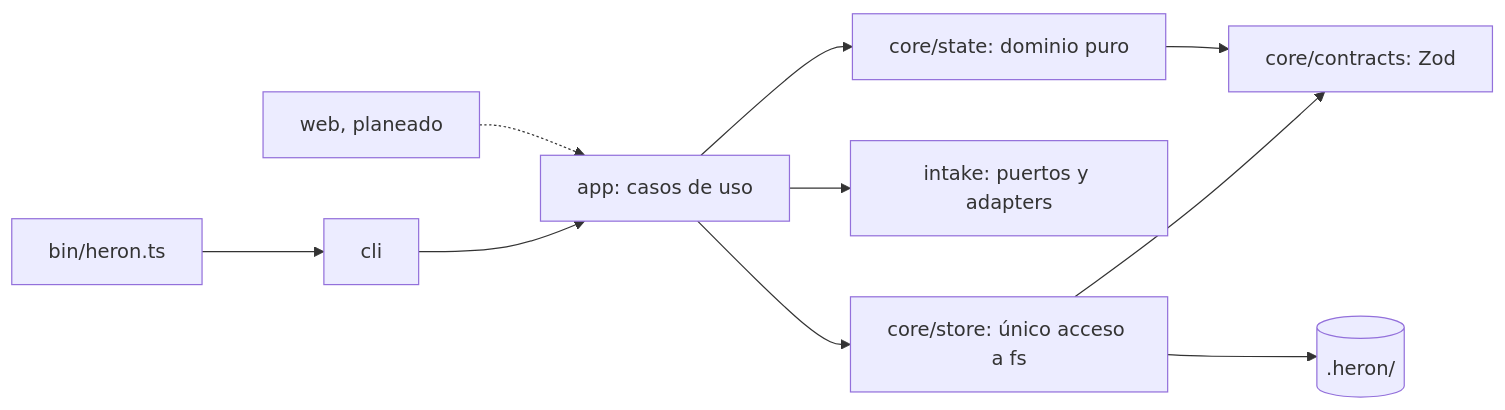
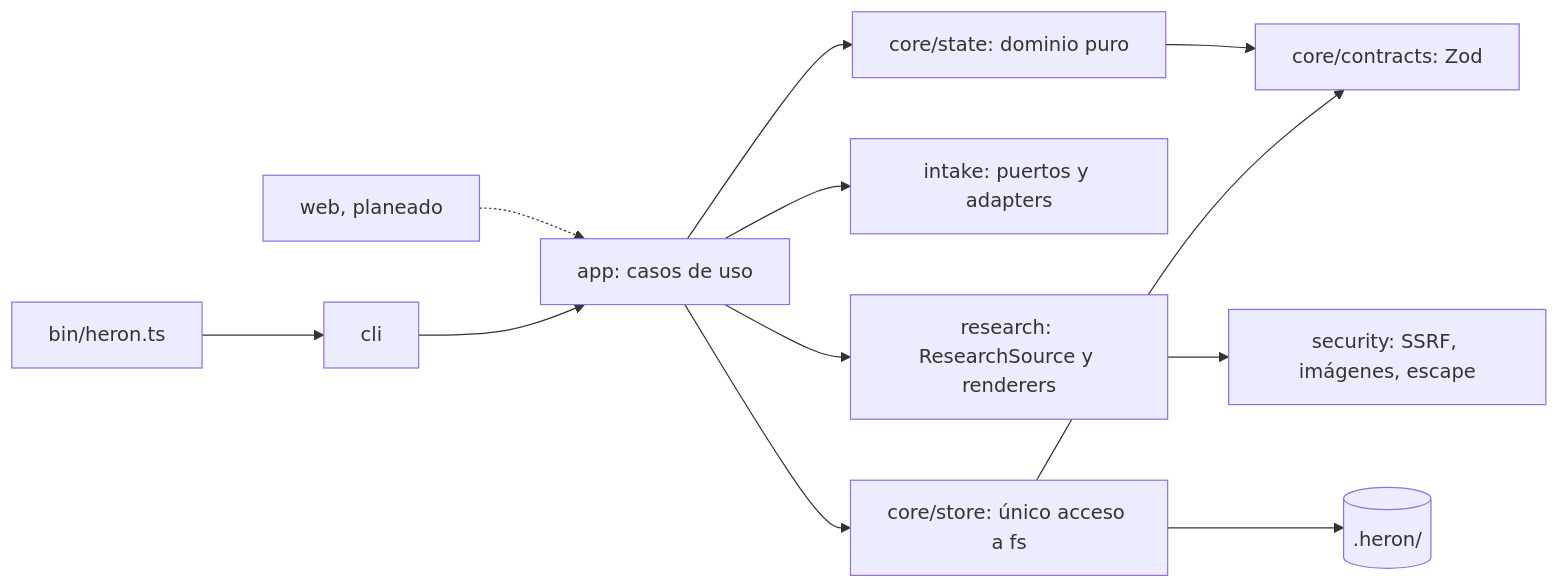
One commit to UlisesCm/navori-heron changed the diagram in README.md. Above: the diagram before and after it, drawn with Mermaid. The commit also changed other lines of this file and 5 other files, not shown here.

First line of the commit message:
docs(research): ADR de la frontera de fuentes, guía de research y política SSRF (T12)

````diff
--- a/README.md
+++ b/README.md
@@ -51,12 +51,14 @@
 ```mermaid
 flowchart LR
   BIN[bin/heron.ts] --> CLI[cli]
   WEB[web, planeado] -.-> APP
   CLI --> APP[app: casos de uso]
   APP --> STATE[core/state: dominio puro]
   APP --> INTAKE[intake: puertos y adapters]
+  APP --> RESEARCH[research: ResearchSource y renderers]
+  RESEARCH --> SECURITY[security: SSRF, imágenes, escape]
   APP --> STORE[core/store: único acceso a fs]
   STATE --> CONTRACTS[core/contracts: Zod]
   STORE --> CONTRACTS
   STORE --> HERON[(.heron/)]
 ```
````
